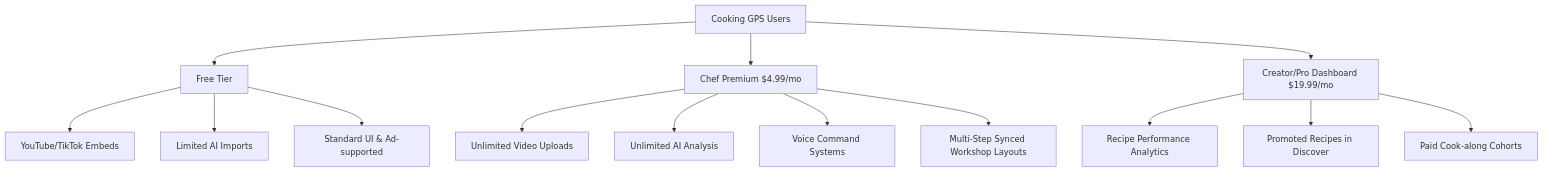
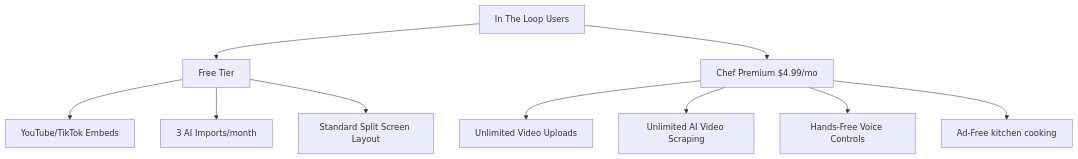
The diagram in finance_plan.md (emilyserey-jpg/cooking-app-antigravity), drawn with Mermaid before and after one commit. The commit also changed other lines of this file, not shown here.

````diff
--- a/finance_plan.md
+++ b/finance_plan.md
@@ -73,19 +75,14 @@
 ```mermaid
 graph TD
-    A[Cooking GPS Users] --> B[Free Tier]
+    A[In The Loop Users] --> B[Free Tier]
     A --> C[Chef Premium $4.99/mo]
-    A --> D[Creator/Pro Dashboard $19.99/mo]
     
     B --> B1[YouTube/TikTok Embeds]
-    B --> B2[Limited AI Imports]
-    B --> B3[Standard UI & Ad-supported]
+    B --> B2[3 AI Imports/month]
+    B --> B3[Standard Split Screen Layout]
     
     C --> C1[Unlimited Video Uploads]
-    C --> C2[Unlimited AI Analysis]
-    C --> C3[Voice Command Systems]
-    C --> C4[Multi-Step Synced Workshop Layouts]
-    
-    D --> D1[Recipe Performance Analytics]
-    D --> D2[Promoted Recipes in Discover]
-    D --> D3[Paid Cook-along Cohorts]
+    C --> C2[Unlimited AI Video Scraping]
+    C --> C3[Hands-Free Voice Controls]
+    C --> C4[Ad-Free kitchen cooking]
 ```
````
